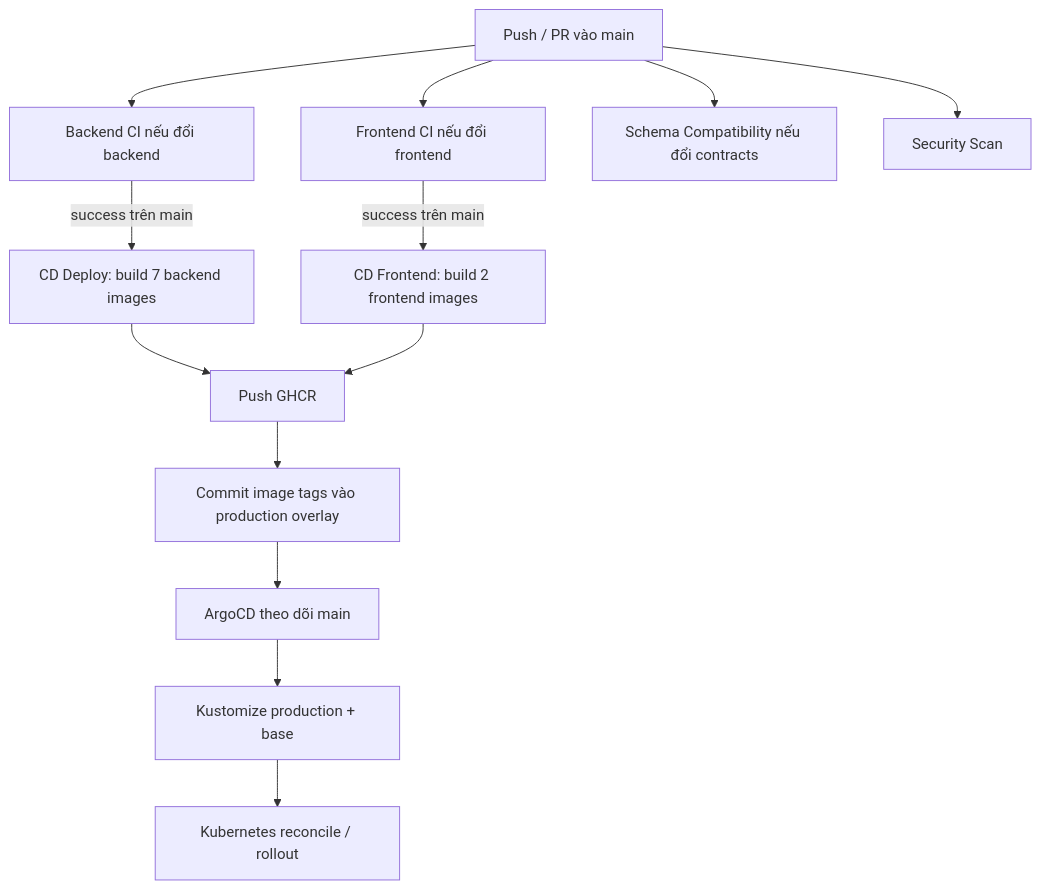
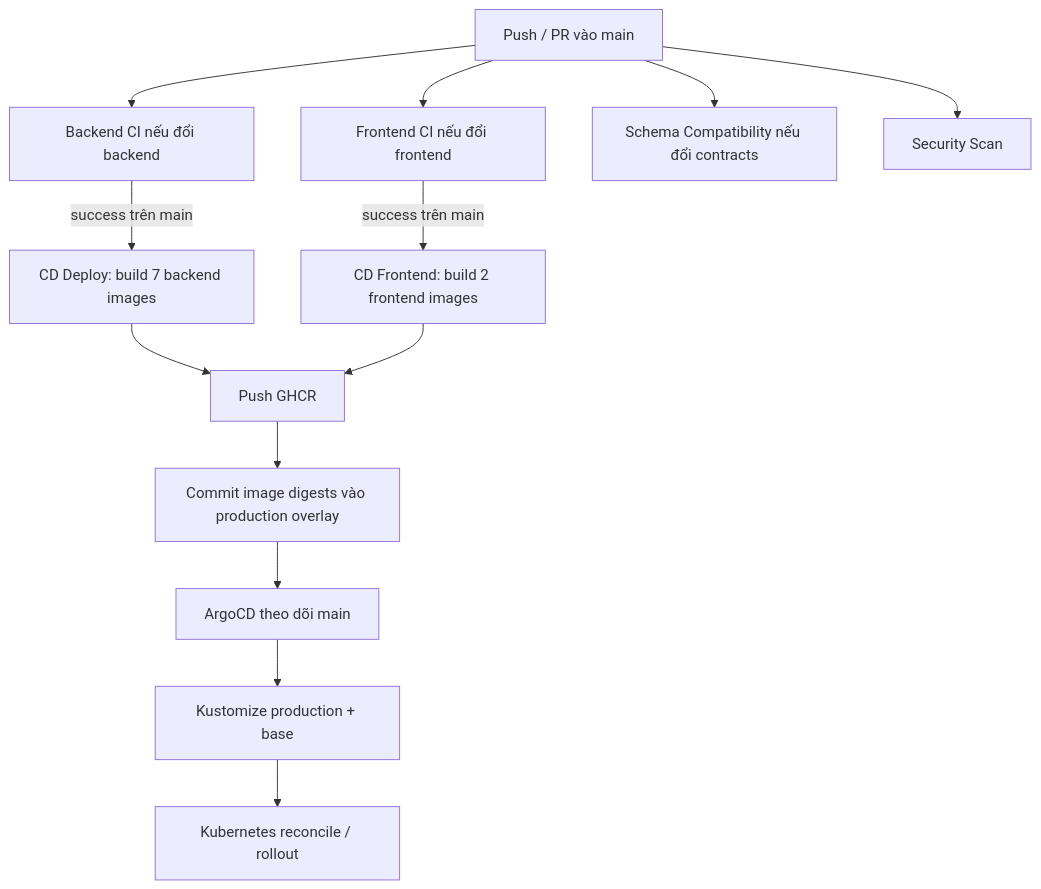
Before and after one commit to tuanpm2026/robo-mart: the seventh of 7 diagrams in docs/development-system-flow.md, drawn with Mermaid. The commit also changed other lines of this file and 54 other files, not shown here.

Commit message:
Synchronize inventory stock into catalog and repair browser flows

````diff
--- a/docs/development-system-flow.md
+++ b/docs/development-system-flow.md
@@ -544,15 +548,15 @@
 ```mermaid
 flowchart TD
     PR[Push / PR vào main] --> BC[Backend CI nếu đổi backend]
     PR --> FC[Frontend CI nếu đổi frontend]
     PR --> SC[Schema Compatibility nếu đổi contracts]
     PR --> SEC[Security Scan]
     BC -->|success trên main| BD[CD Deploy: build 7 backend images]
     FC -->|success trên main| FD[CD Frontend: build 2 frontend images]
     BD --> GH[Push GHCR]
     FD --> GH
-    GH --> TAG[Commit image tags vào production overlay]
+    GH --> TAG[Commit image digests vào production overlay]
     TAG --> AR[ArgoCD theo dõi main]
     AR --> KU[Kustomize production + base]
     KU --> K8[Kubernetes reconcile / rollout]
 ```
````
